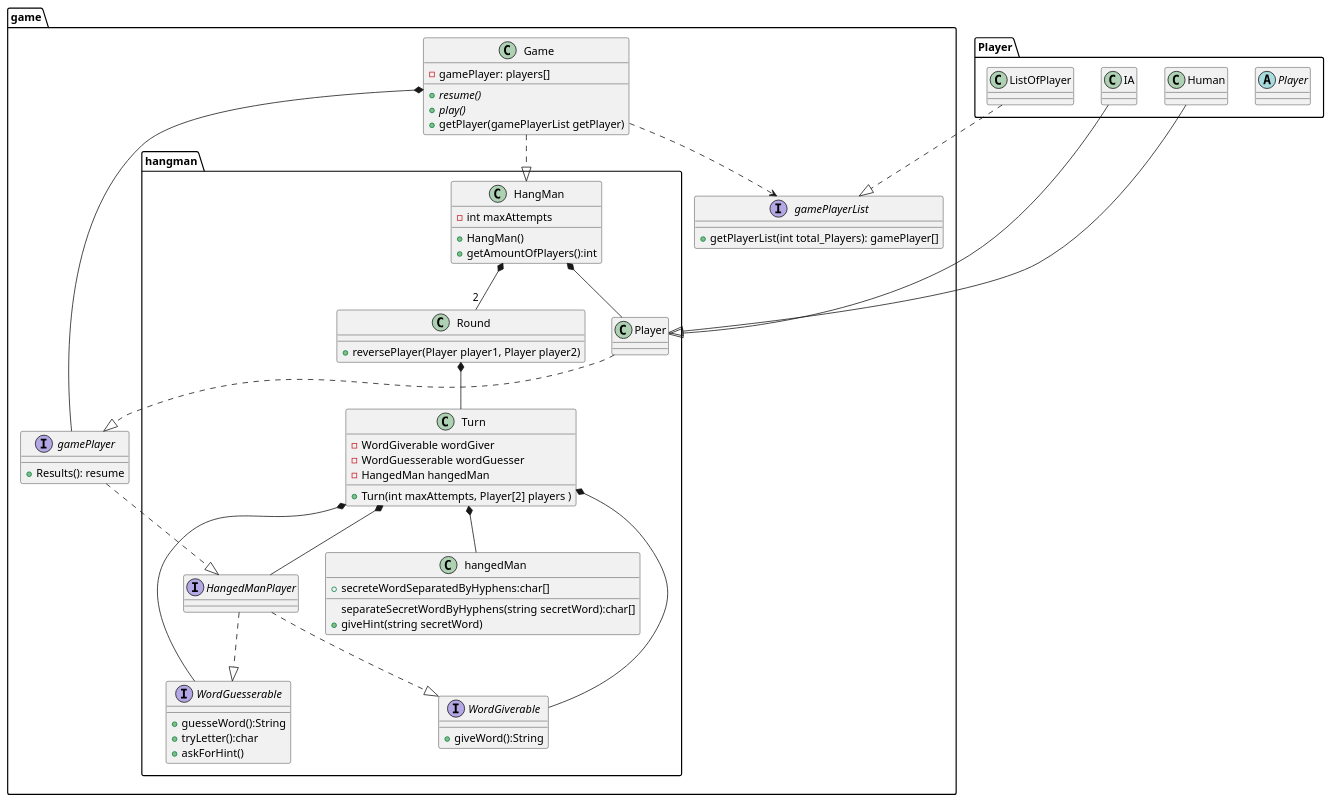
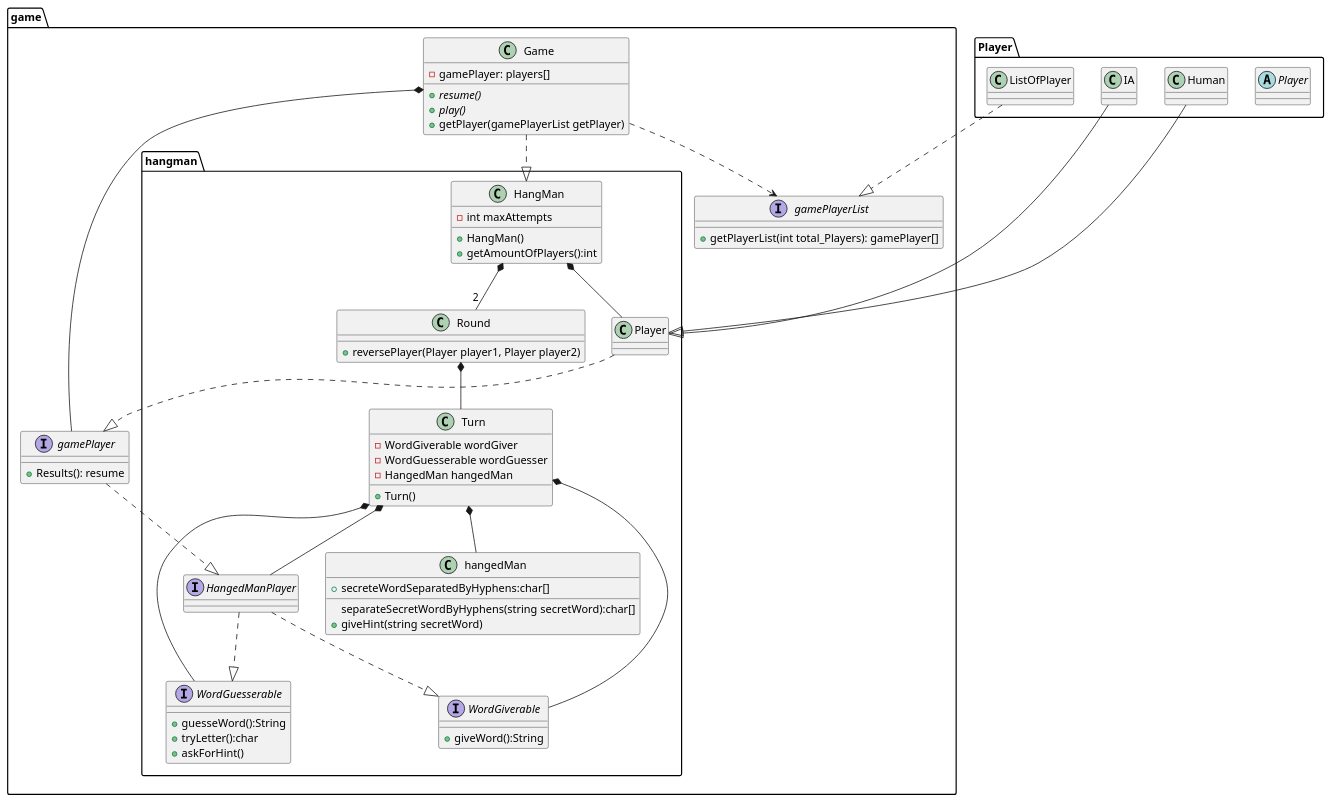
One commit to sergiomendez2/newworkspacecodinggame changed the diagram in docs/classdiagram/hangmanClassDiagram.puml. Above: the diagram before and after it, drawn with PlantUML. The commit also changed 7 other files, not shown here.

```diff
--- a/docs/classdiagram/hangmanClassDiagram.puml
+++ b/docs/classdiagram/hangmanClassDiagram.puml
@@ -1,83 +1,83 @@
 @startuml
 package Player {
 abstract Player{}
 class ListOfPlayer{}
 class IA
 class Human
 }
 package game {
 
 interface gamePlayer{
         +Results(): resume
     }
     class Game {
         -gamePlayer: players[]
         +{abstract} resume()
         +{abstract} play()
         +getPlayer(gamePlayerList getPlayer)
     }
     interface gamePlayerList{
             +getPlayerList(int total_Players): gamePlayer[]
     }
 
 package hangman{
 class hangedMan{
 +secreteWordSeparatedByHyphens:char[]
 separateSecretWordByHyphens(string secretWord):char[]
 +giveHint(string secretWord)
 }
 Interface HangedManPlayer
     class HangMan{
         +HangMan()
         +getAmountOfPlayers():int
         -int maxAttempts
     }
 
     class Round{
     +reversePlayer(Player player1, Player player2)
     }
 
     class Turn{
         -WordGiverable wordGiver
         -WordGuesserable wordGuesser
         -HangedMan hangedMan
-        +Turn(int maxAttempts, Player[2] players )
+        +Turn()
     }
 
     interface WordGiverable{
         +giveWord():String
     }
 
     interface WordGuesserable{
         +guesseWord():String
         +tryLetter():char
         +askForHint()
     }
 
     HangedManPlayer ..|> WordGiverable
     HangedManPlayer ..|> WordGuesserable
 
     Turn *-- WordGiverable
     Turn *-- WordGuesserable
     Turn *-- hangedMan
     Round *-- Turn
     HangMan *-- Player
     HangMan *-- "2" Round
 
 
 
 
 gamePlayer..|> HangedManPlayer
 Player ..|> gamePlayer
 ListOfPlayer ..|> gamePlayerList
 Game..>gamePlayerList
 Game..|>HangMan
 Game*--gamePlayer
 IA--|>Player
 Human--|>Player
 Turn*--HangedManPlayer
 
 
 }
 }
 @enduml
```
